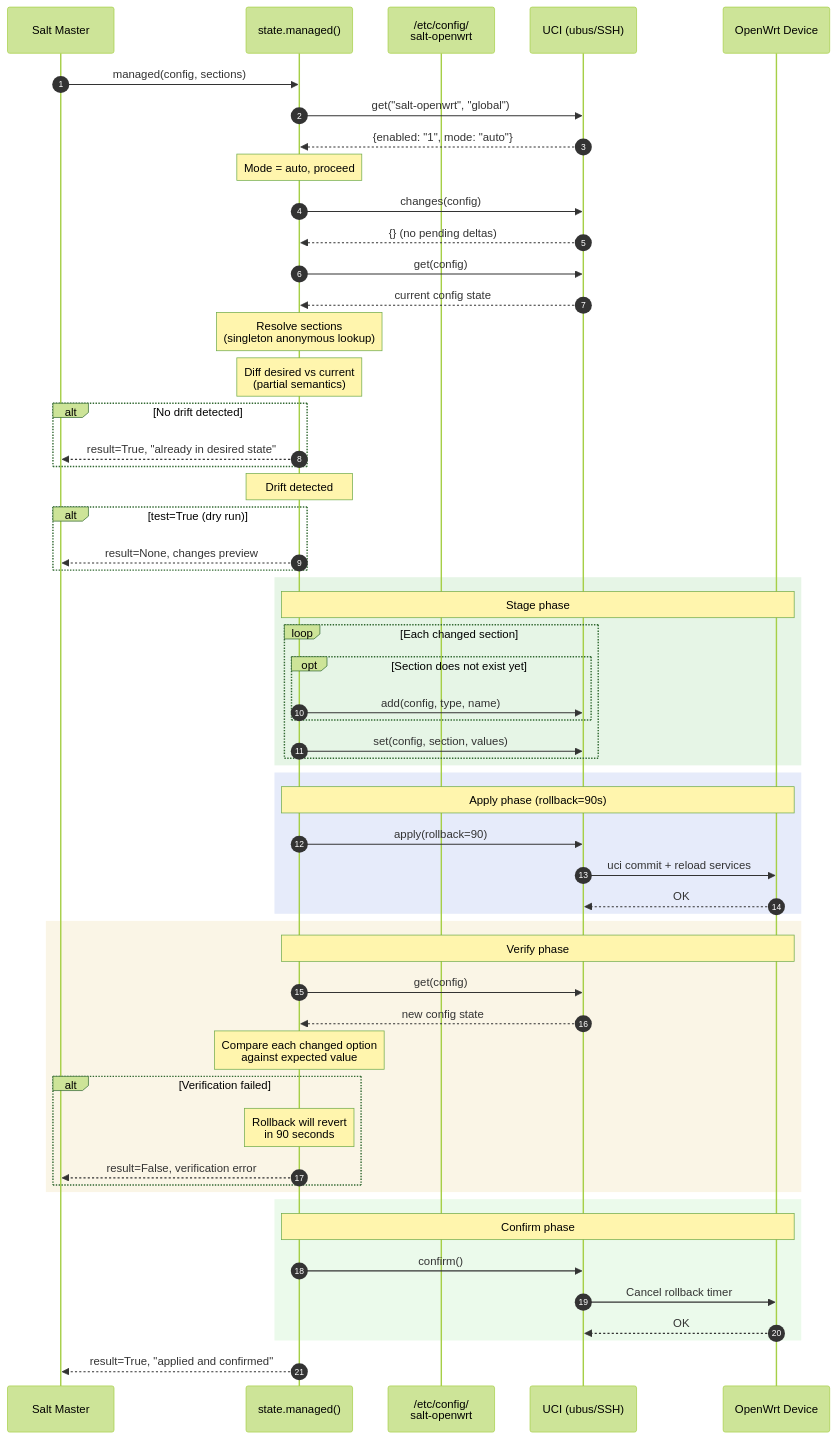
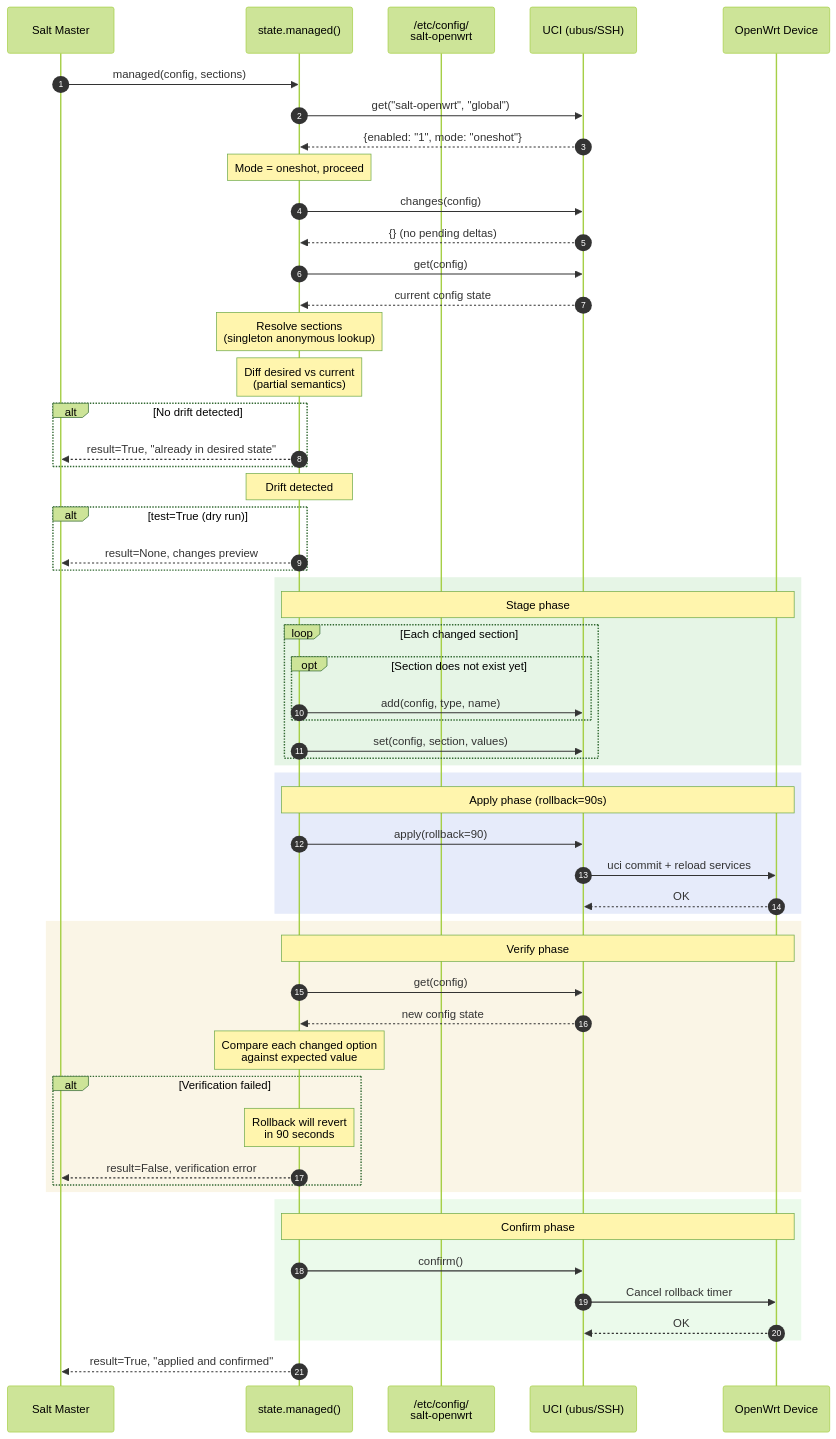
The first of 7 diagrams in docs/topics/managed-flow.md (cprima-homelab/saltext-openwrt-ubus), drawn with Mermaid (forest theme) before and after one commit. The commit also changed other lines of this file and 6 other files, not shown here.

````diff
--- a/docs/topics/managed-flow.md
+++ b/docs/topics/managed-flow.md
@@ -12,71 +12,71 @@
 ```{mermaid}
 sequenceDiagram
     autonumber
     participant Master as Salt Master
     participant State as state.managed()
     participant Agent as /etc/config/<br/>salt-openwrt
     participant UCI as UCI (ubus/SSH)
     participant Device as OpenWrt Device
 
     Master->>State: managed(config, sections)
     State->>UCI: get("salt-openwrt", "global")
-    UCI-->>State: {enabled: "1", mode: "auto"}
+    UCI-->>State: {enabled: "1", mode: "oneshot"}
 
-    Note over State: Mode = auto, proceed
+    Note over State: Mode = oneshot, proceed
 
     State->>UCI: changes(config)
     UCI-->>State: {} (no pending deltas)
 
     State->>UCI: get(config)
     UCI-->>State: current config state
 
     Note over State: Resolve sections<br/>(singleton anonymous lookup)
     Note over State: Diff desired vs current<br/>(partial semantics)
 
     alt No drift detected
         State-->>Master: result=True, "already in desired state"
     end
 
     Note over State: Drift detected
 
     alt test=True (dry run)
         State-->>Master: result=None, changes preview
     end
 
     rect rgb(230, 245, 230)
         Note over State,Device: Stage phase
         loop Each changed section
             opt Section does not exist yet
                 State->>UCI: add(config, type, name)
             end
             State->>UCI: set(config, section, values)
         end
     end
 
     rect rgb(230, 235, 250)
         Note over State,Device: Apply phase (rollback=90s)
         State->>UCI: apply(rollback=90)
         UCI->>Device: uci commit + reload services
         Device-->>UCI: OK
     end
 
     rect rgb(250, 245, 230)
         Note over State,Device: Verify phase
         State->>UCI: get(config)
         UCI-->>State: new config state
         Note over State: Compare each changed option<br/>against expected value
         alt Verification failed
             Note over State: Rollback will revert<br/>in 90 seconds
             State-->>Master: result=False, verification error
         end
     end
 
     rect rgb(235, 250, 235)
         Note over State,Device: Confirm phase
         State->>UCI: confirm()
         UCI->>Device: Cancel rollback timer
         Device-->>UCI: OK
     end
 
     State-->>Master: result=True, "applied and confirmed"
 ```
````
